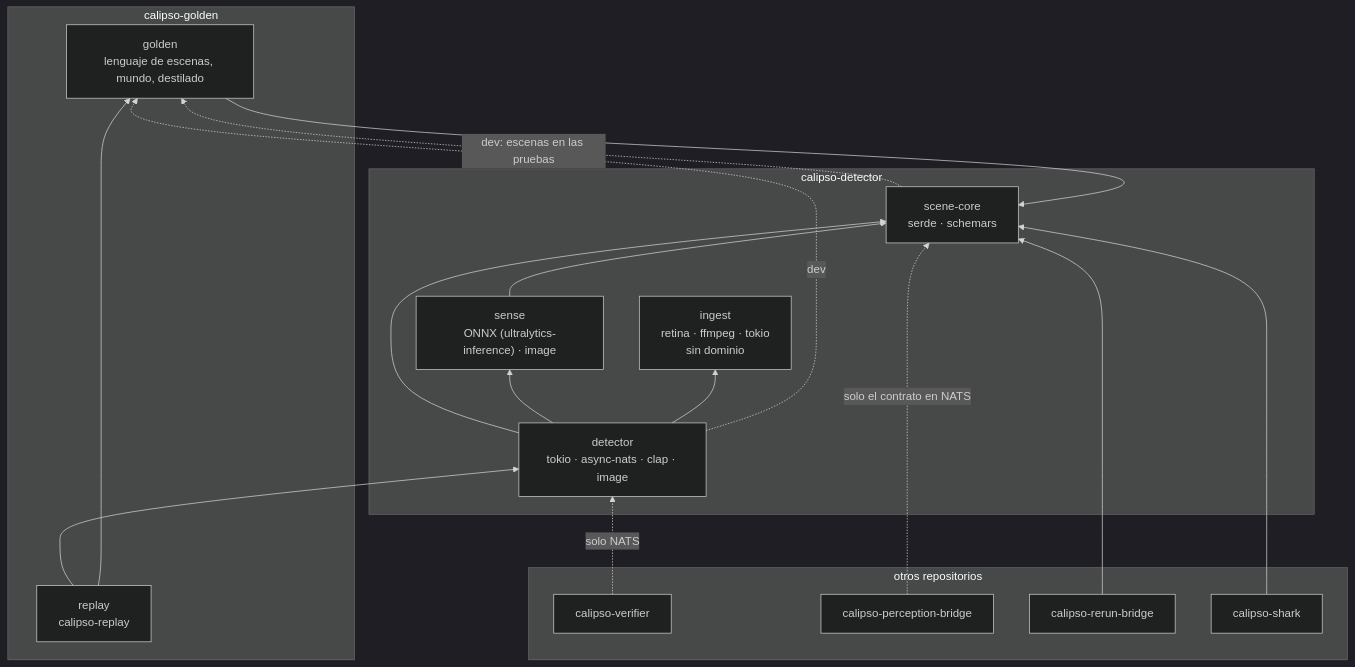
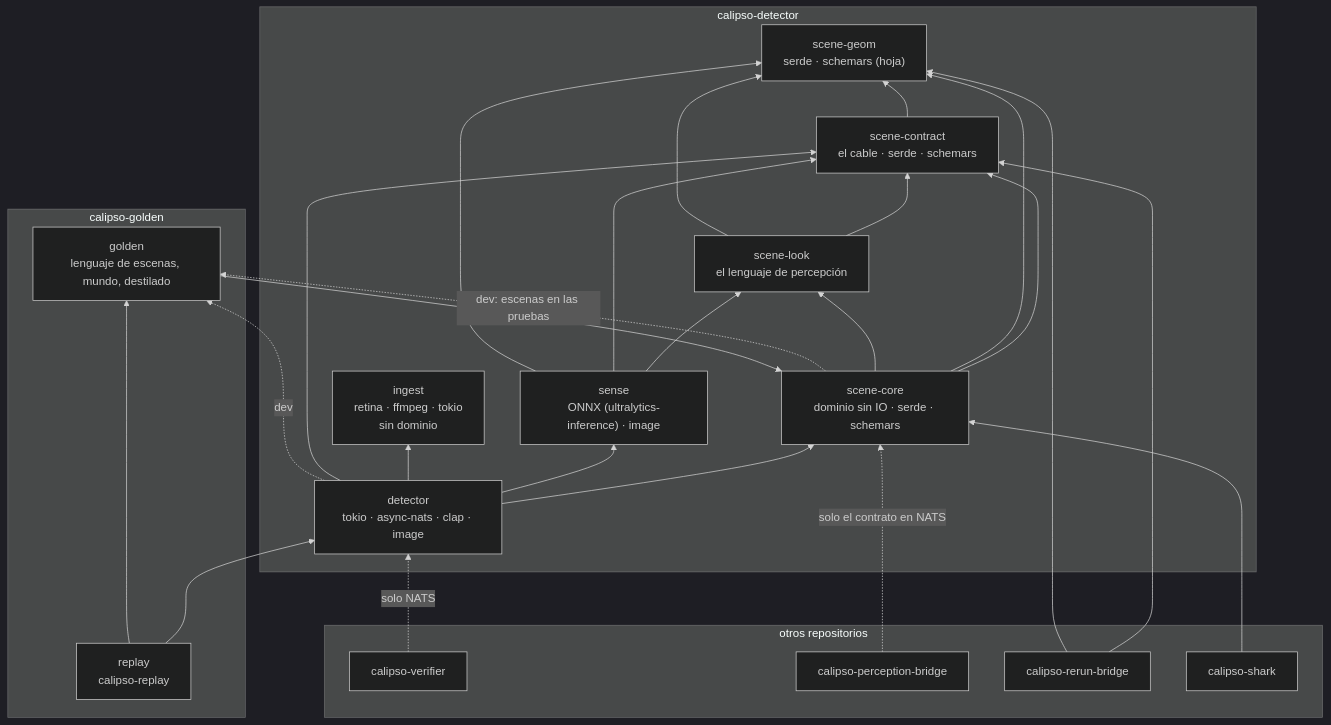
The seventh of 9 diagrams in arquitectura-c4.md (e7canasta/calipso-detector), drawn with Mermaid (dark theme) before and after one commit. The commit also changed other lines of this file and 2 other files, not shown here.

````diff
--- a/arquitectura-c4.md
+++ b/arquitectura-c4.md
@@ -391,33 +394,46 @@
 ```mermaid
 flowchart BT
     subgraph detector_repo["calipso-detector"]
-        core["scene-core<br/>serde · schemars"]
+        geom["scene-geom<br/>serde · schemars (hoja)"]
+        contract["scene-contract<br/>el cable · serde · schemars"]
+        look["scene-look<br/>el lenguaje de percepción"]
+        core["scene-core<br/>dominio sin IO · serde · schemars"]
         sense["sense<br/>ONNX (ultralytics-inference) · image"]
         ingest["ingest<br/>retina · ffmpeg · tokio<br/>sin dominio"]
         detector["detector<br/>tokio · async-nats · clap · image"]
     end
     subgraph golden_repo["calipso-golden"]
         golden["golden<br/>lenguaje de escenas, mundo, destilado"]
         replay["replay<br/>calipso-replay"]
     end
     subgraph others["otros repositorios"]
         verifier["calipso-verifier"]
         pbridge["calipso-perception-bridge"]
         bridge["calipso-rerun-bridge"]
         shark["calipso-shark"]
     end
 
-    sense --> core
+    contract --> geom
+    look --> contract
+    look --> geom
+    core --> contract
+    core --> geom
+    core --> look
+    sense --> look
+    sense --> contract
+    sense --> geom
     detector --> core
     detector --> sense
     detector --> ingest
+    detector --> contract
     golden --> core
     replay --> detector
     replay --> golden
-    bridge --> core
+    bridge --> contract
+    bridge --> geom
     shark --> core
     core -.->|"dev: escenas en las pruebas"| golden
     detector -.->|"dev"| golden
     verifier -.->|"solo NATS"| detector
     pbridge -.->|"solo el contrato en NATS"| core
 ```
````
